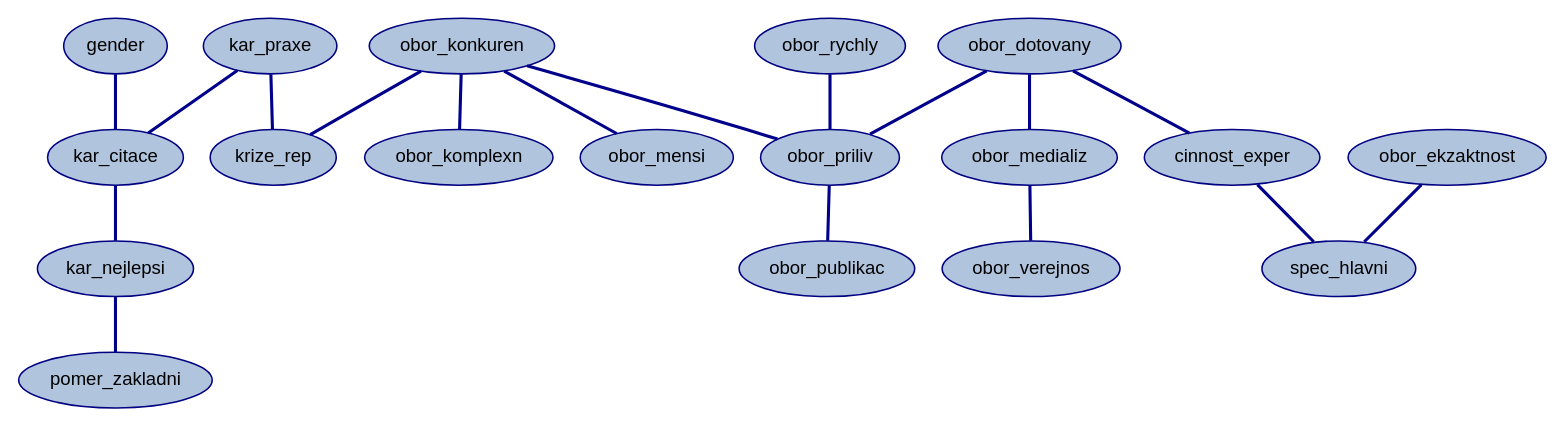
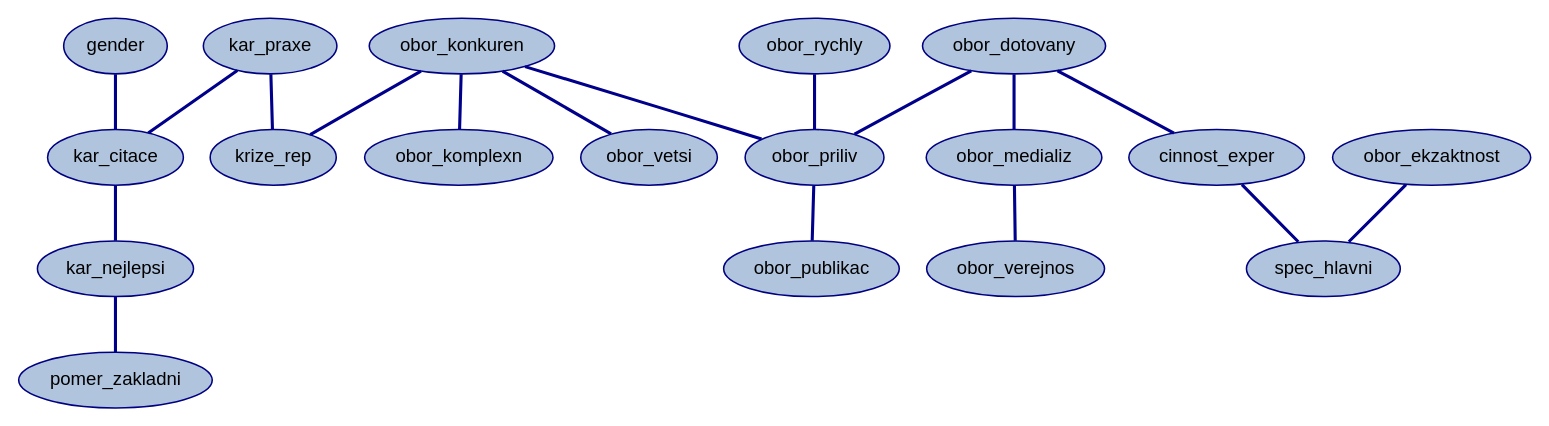
One commit to cyberklezmer/nature_replication changed the diagram in data_and_R_src/network.dot. Above: the diagram before and after it, drawn with Graphviz. The commit also changed 9 other files, not shown here.

```diff
--- a/data_and_R_src/network.dot
+++ b/data_and_R_src/network.dot
@@ -1,44 +1,44 @@
 digraph BN {
   graph [layout="dot", rankdir="TB", bgcolor="white"];
   node [shape="ellipse", style="filled", fillcolor="lightsteelblue", 
         color="navy", fontcolor="black", fontname="Arial", fontsize="12"];
   
   "gender" [label="gender"];
   "kar_praxe" [label="kar_praxe"];
   "kar_citace" [label="kar_citace"];
   "kar_nejlepsi" [label="kar_nejlepsi"];
   "pomer_zakladni" [label="pomer_zakladni"];
   "obor_dotovany" [label="obor_dotovany"];
   "obor_konkuren" [label="obor_konkuren"];
   "obor_rychly" [label="obor_rychly"];
   "obor_priliv" [label="obor_priliv"];
   "obor_publikac" [label="obor_publikac"];
   "obor_medializ" [label="obor_medializ"];
   "obor_verejnos" [label="obor_verejnos"];
   "obor_komplexn" [label="obor_komplexn"];
-  "obor_mensi" [label="obor_mensi"];
+  "obor_vetsi" [label="obor_vetsi"];
   "cinnost_exper" [label="cinnost_exper"];
   "obor_ekzaktnost" [label="obor_ekzaktnost"];
   "krize_rep" [label="krize_rep"];
   "spec_hlavni" [label="spec_hlavni"];
 
 
   // Undirected edges
   "gender" -> "kar_citace" [arrowhead="none", arrowtail="none", dir="none", color="darkblue", penwidth="2"];
   "kar_praxe" -> "kar_citace" [arrowhead="none", arrowtail="none", dir="none", color="darkblue", penwidth="2"];
   "kar_praxe" -> "krize_rep" [arrowhead="none", arrowtail="none", dir="none", color="darkblue", penwidth="2"];
   "kar_citace" -> "kar_nejlepsi" [arrowhead="none", arrowtail="none", dir="none", color="darkblue", penwidth="2"];
   "kar_nejlepsi" -> "pomer_zakladni" [arrowhead="none", arrowtail="none", dir="none", color="darkblue", penwidth="2"];
   "obor_dotovany" -> "obor_priliv" [arrowhead="none", arrowtail="none", dir="none", color="darkblue", penwidth="2"];
   "obor_dotovany" -> "obor_medializ" [arrowhead="none", arrowtail="none", dir="none", color="darkblue", penwidth="2"];
   "obor_dotovany" -> "cinnost_exper" [arrowhead="none", arrowtail="none", dir="none", color="darkblue", penwidth="2"];
   "obor_konkuren" -> "obor_priliv" [arrowhead="none", arrowtail="none", dir="none", color="darkblue", penwidth="2"];
   "obor_konkuren" -> "obor_komplexn" [arrowhead="none", arrowtail="none", dir="none", color="darkblue", penwidth="2"];
-  "obor_konkuren" -> "obor_mensi" [arrowhead="none", arrowtail="none", dir="none", color="darkblue", penwidth="2"];
+  "obor_konkuren" -> "obor_vetsi" [arrowhead="none", arrowtail="none", dir="none", color="darkblue", penwidth="2"];
   "obor_konkuren" -> "krize_rep" [arrowhead="none", arrowtail="none", dir="none", color="darkblue", penwidth="2"];
   "obor_rychly" -> "obor_priliv" [arrowhead="none", arrowtail="none", dir="none", color="darkblue", penwidth="2"];
   "obor_priliv" -> "obor_publikac" [arrowhead="none", arrowtail="none", dir="none", color="darkblue", penwidth="2"];
   "obor_medializ" -> "obor_verejnos" [arrowhead="none", arrowtail="none", dir="none", color="darkblue", penwidth="2"];
   "cinnost_exper" -> "spec_hlavni" [arrowhead="none", arrowtail="none", dir="none", color="darkblue", penwidth="2"];
   "obor_ekzaktnost" -> "spec_hlavni" [arrowhead="none", arrowtail="none", dir="none", color="darkblue", penwidth="2"];
 }
```
